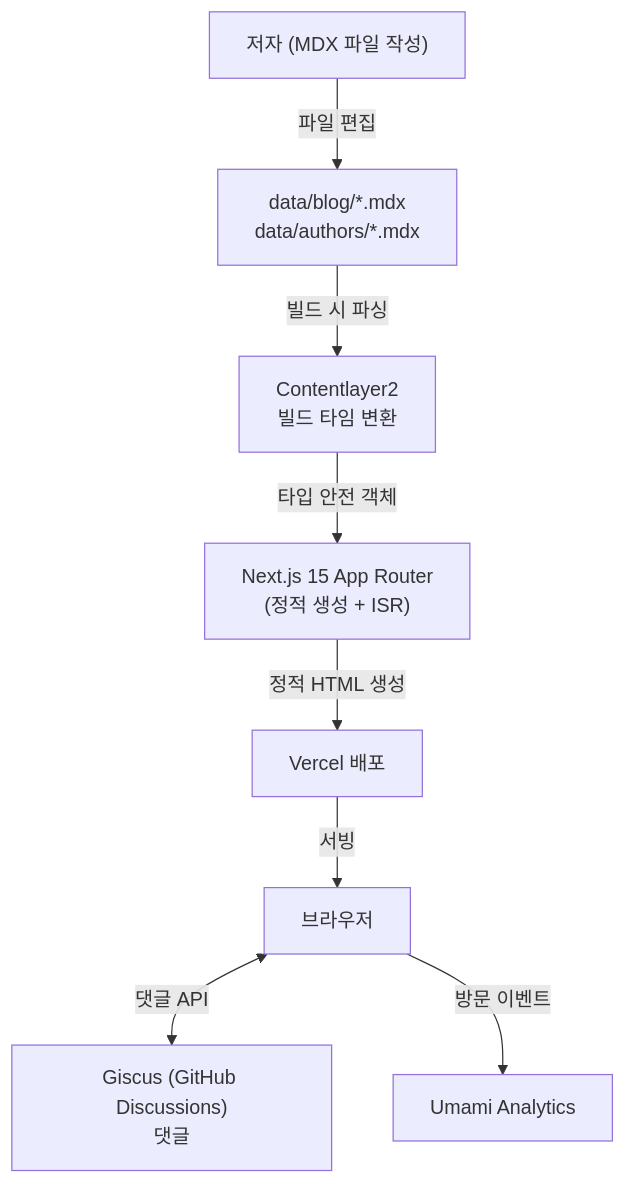
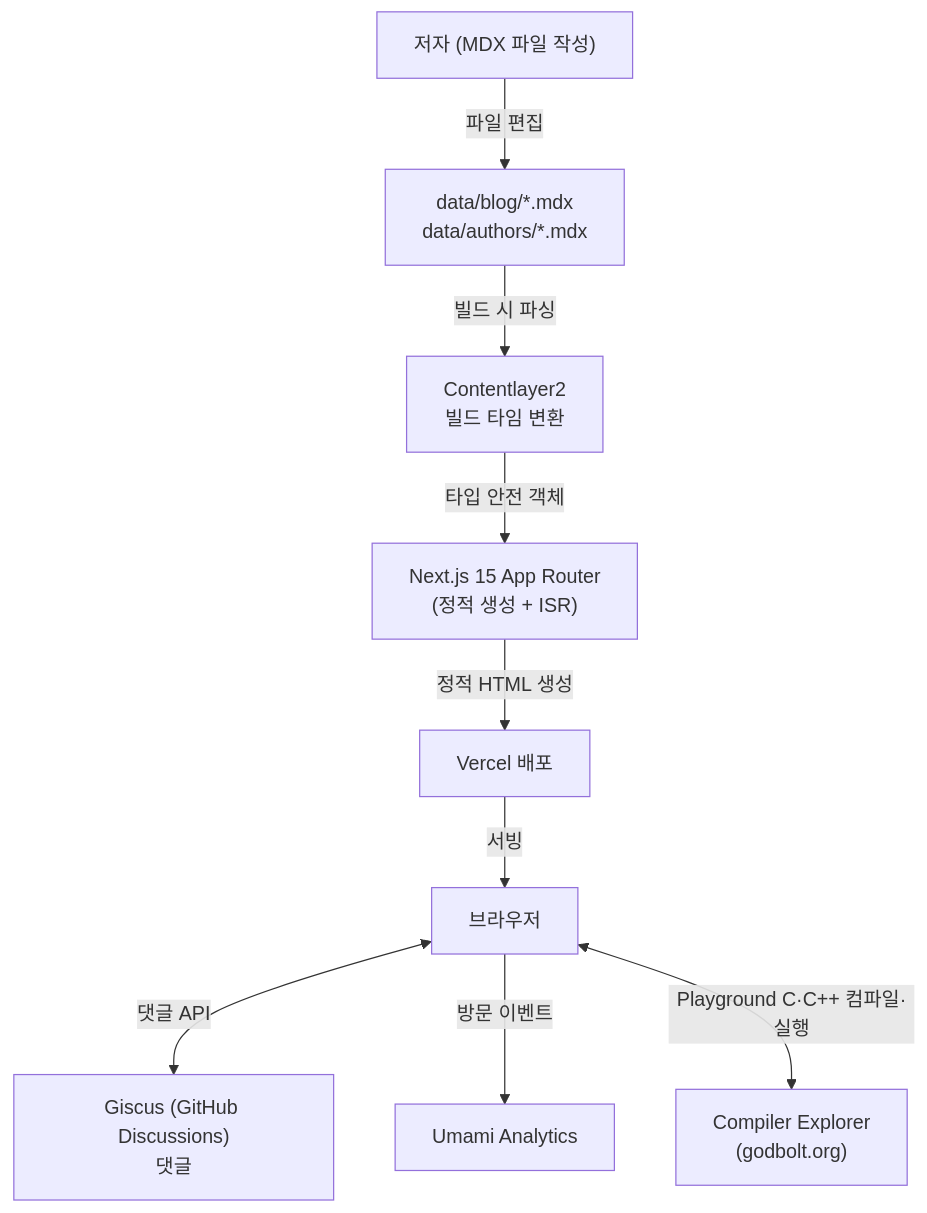
The diagram in docs/shared/architecture.md (seren-wib/vercel-blog), drawn with Mermaid before and after one commit. The commit also changed other lines of this file and 21 other files, not shown here.

````diff
--- a/docs/shared/architecture.md
+++ b/docs/shared/architecture.md
@@ -5,19 +5,22 @@
 ```mermaid
 graph TD
   Author["저자 (MDX 파일 작성)"]
   MDX["data/blog/*.mdx\ndata/authors/*.mdx"]
   Contentlayer["Contentlayer2\n빌드 타임 변환"]
   NextJS["Next.js 15 App Router\n(정적 생성 + ISR)"]
   Vercel["Vercel 배포"]
   Browser["브라우저"]
   Giscus["Giscus (GitHub Discussions)\n댓글"]
   Umami["Umami Analytics"]
+  Godbolt["Compiler Explorer
+(godbolt.org)"]
 
   Author -->|파일 편집| MDX
   MDX -->|빌드 시 파싱| Contentlayer
   Contentlayer -->|타입 안전 객체| NextJS
   NextJS -->|정적 HTML 생성| Vercel
   Vercel -->|서빙| Browser
   Browser <-->|댓글 API| Giscus
   Browser -->|방문 이벤트| Umami
+  Browser <-->|Playground C·C++ 컴파일·실행| Godbolt
 ```
````
